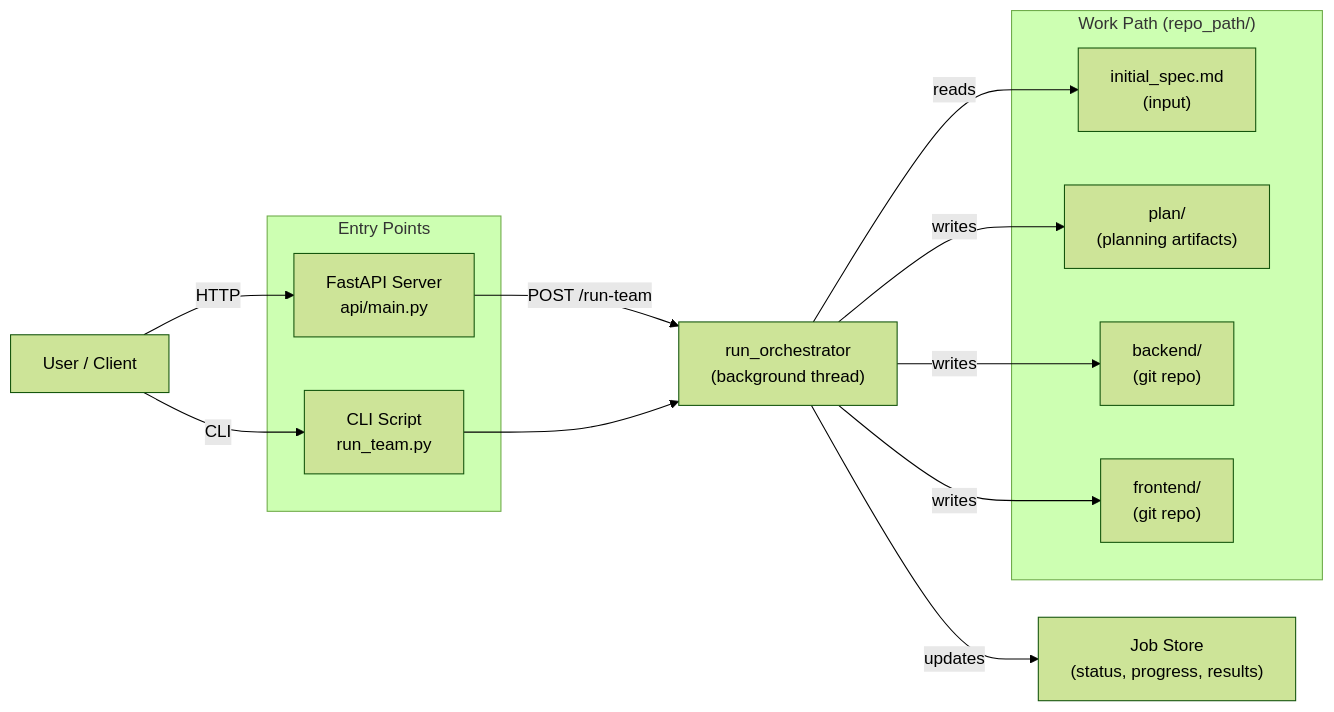
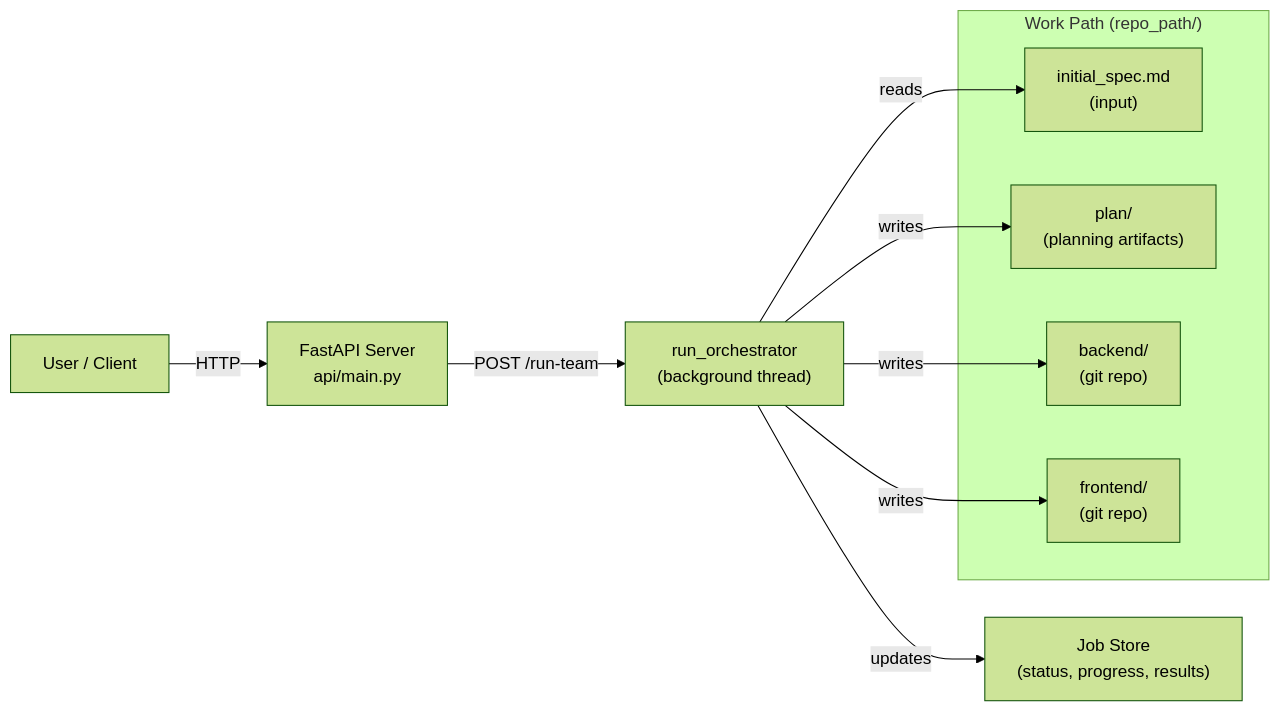
The first of 15 diagrams in docs/ARCHITECTURE.md (brandonkindred/Khala-Agentic-AI-Teams), drawn with Mermaid (forest theme) before and after one commit. The commit also changed other lines of this file and 1 other file, not shown here.

Commit message:
Fix stale run_team.py and test_repo/ references in SE team docs
The agent_implementations/run_team.py CLI script no longer exists in
software_engineering_team - the only real local entry point is
run_api_server.py. Update the README's Quick Start section and the
matching ARCHITECTURE.md entry-points diagram to point at the API
server instead, and drop the "USE_DUMMY" script-editing instruction in
favor of the already-documented LLM_PROVIDER env var. Also remove
references to a test_repo/ sample directory that was never checked
into the repo.

Claude-Session: https://claude.ai/code/session_01LscRDwajC48JQjvXKtf41a

````diff
--- a/docs/ARCHITECTURE.md
+++ b/docs/ARCHITECTURE.md
@@ -30,29 +30,24 @@
 ```mermaid
 flowchart LR
     User["User / Client"]
 
-    subgraph entry [Entry Points]
-        API["FastAPI Server\napi/main.py"]
-        CLI["CLI Script\nrun_team.py"]
-    end
+    API["FastAPI Server\napi/main.py"]
 
     Orch["run_orchestrator\n(background thread)"]
     JobStore["Job Store\n(status, progress, results)"]
 
     subgraph workPath ["Work Path (repo_path/)"]
         Spec["initial_spec.md\n(input)"]
         PlanDir["plan/\n(planning artifacts)"]
         BackendDir["backend/\n(git repo)"]
         FrontendDir["frontend/\n(git repo)"]
     end
 
     User -->|"HTTP"| API
-    User -->|"CLI"| CLI
     API -->|"POST /run-team"| Orch
-    CLI --> Orch
     Orch -->|"reads"| Spec
     Orch -->|"updates"| JobStore
     Orch -->|"writes"| PlanDir
     Orch -->|"writes"| BackendDir
     Orch -->|"writes"| FrontendDir
 ```
````
